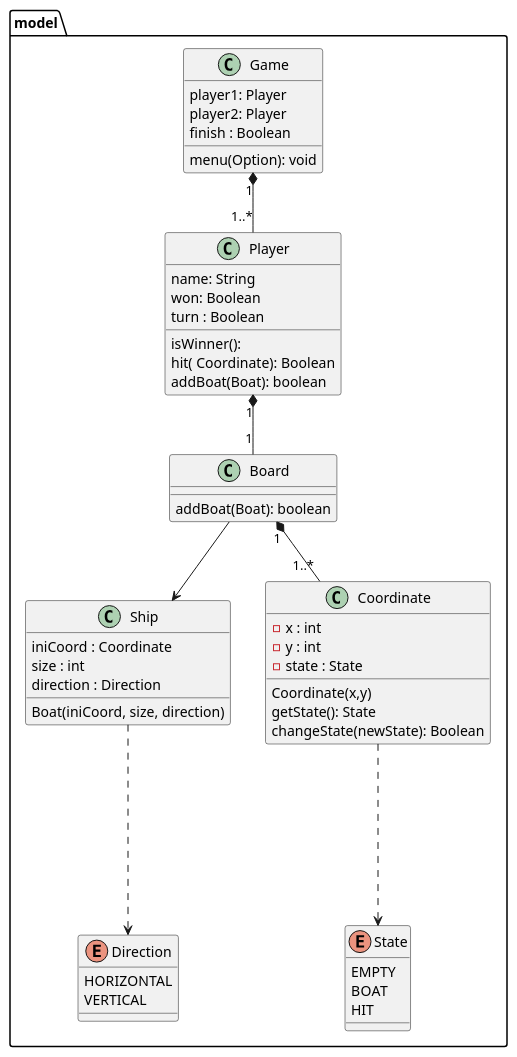
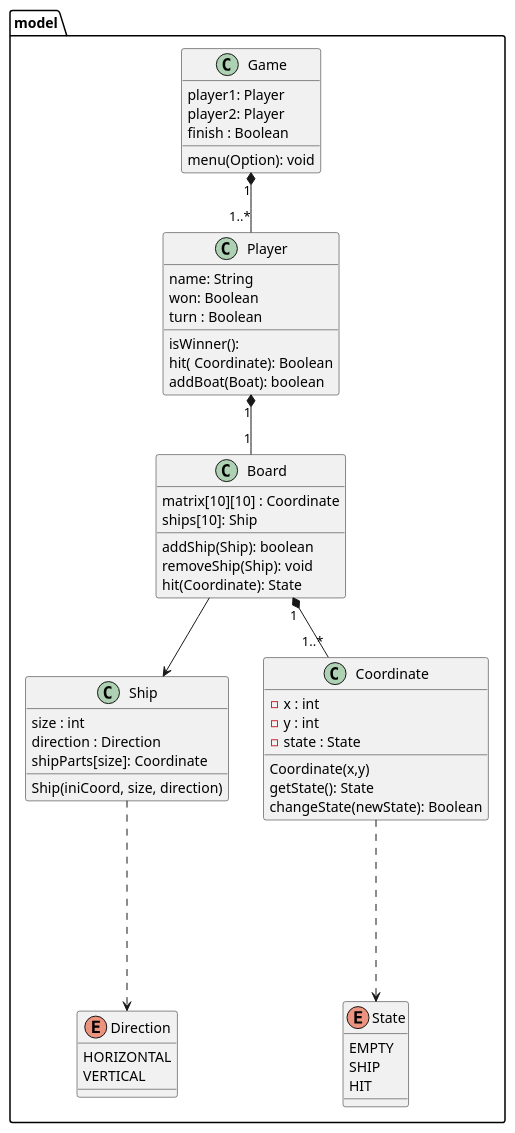
The diagram in diagram-class.puml (Alainrebibo/TQS-lab-battleship), drawn with PlantUML before and after one commit. The commit also changed 7 other files, not shown here.

Commit message:
Board initial tests declarated Coordinate initial tests declarated Ship initial tests declarated UML updated to represent current structure

```diff
--- a/diagram-class.puml
+++ b/diagram-class.puml
@@ -1,67 +1,70 @@
 @startuml
 
 class model.Game{
 player1: Player
 player2: Player
 finish : Boolean
 
 menu(Option): void
 }
 
 class model.Player{
 name: String
 won: Boolean
 turn : Boolean
 
 isWinner():
 hit( Coordinate): Boolean
 addBoat(Boat): boolean
 }
 
 class model.Board{
-
-addBoat(Boat): boolean
+matrix[10][10] : Coordinate
+ships[10]: Ship
+addShip(Ship): boolean
+removeShip(Ship): void
+hit(Coordinate): State
 }
 
 class model.Ship{
 
-iniCoord : Coordinate
 size : int
 direction : Direction
+shipParts[size]: Coordinate
 
-Boat(iniCoord, size, direction)
+Ship(iniCoord, size, direction)
 
 }
 
 class model.Coordinate{
 - x : int
 - y : int
 - state : State
 
 Coordinate(x,y)
 getState(): State
 changeState(newState): Boolean
 
 }
 
 enum model.State{
    EMPTY
-   BOAT
+   SHIP
    HIT
 
 }
 
 enum model.Direction{
    HORIZONTAL
    VERTICAL
 }
 
 model.Game "1" *-- "1..*" model.Player
 model.Player "1" *-- "1" model.Board
 model.Board "1" *-- "1..*" model.Coordinate
 model.Board --> model.Ship
 
 model.Ship -..-> model.Direction
 model.Coordinate -..-> model.State
 
 @enduml
```
